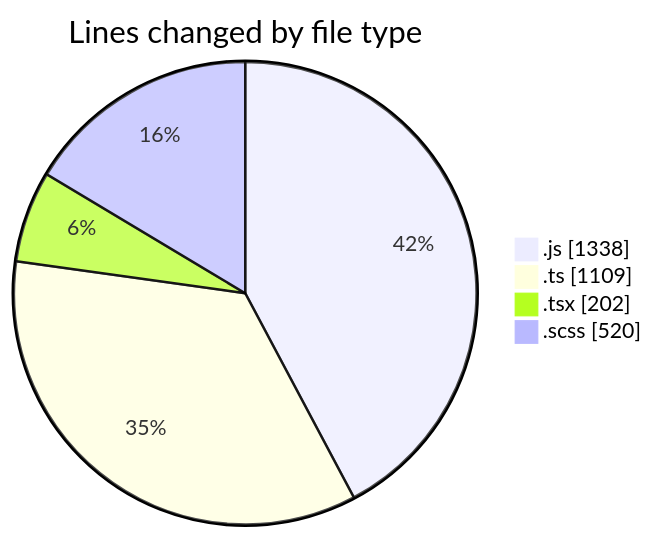
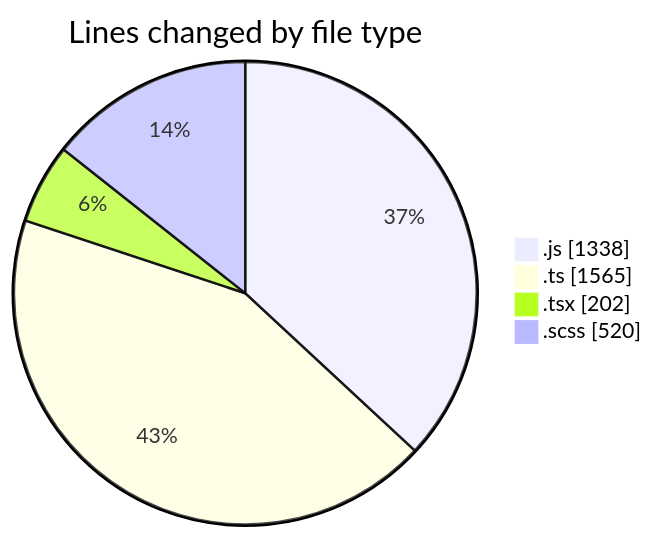
The first of 2 diagrams in 2025-06-18/cda/README.md (momahboobian/code-tracking), drawn with Mermaid before and after one commit. The commit also changed other lines of this file and 1 other file, not shown here.

````diff
--- a/2025-06-18/cda/README.md
+++ b/2025-06-18/cda/README.md
@@ -40,8 +40,8 @@
 ```mermaid
 pie showData
 title Lines changed by file type
 ".js" : 1338
-".ts" : 1109
+".ts" : 1565
 ".tsx" : 202
 ".scss" : 520
 ```
````
